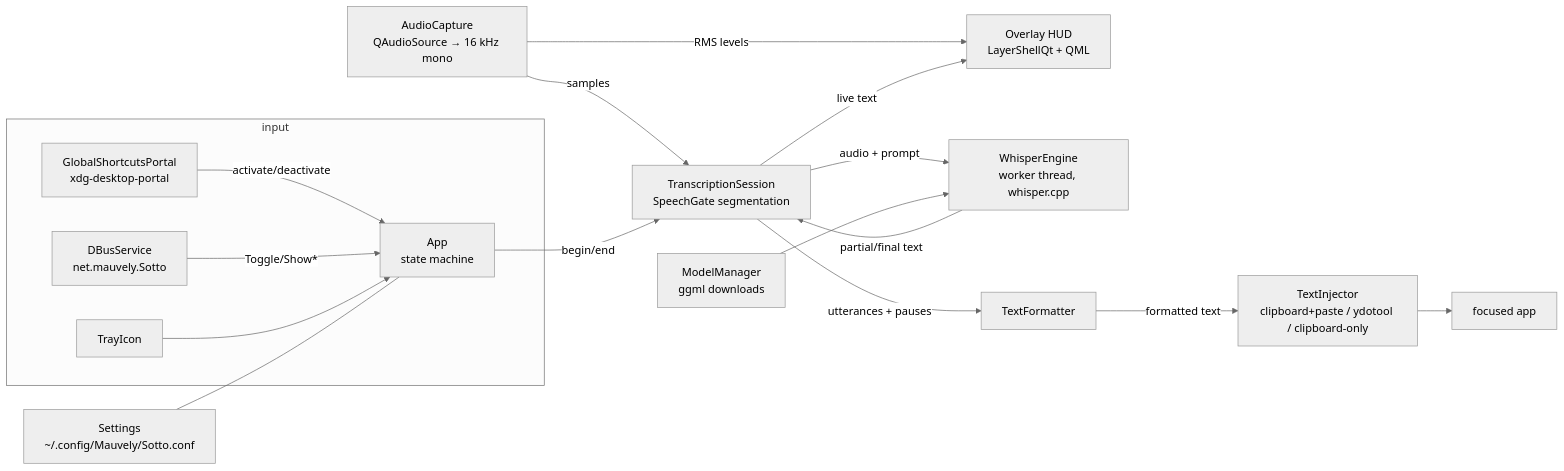
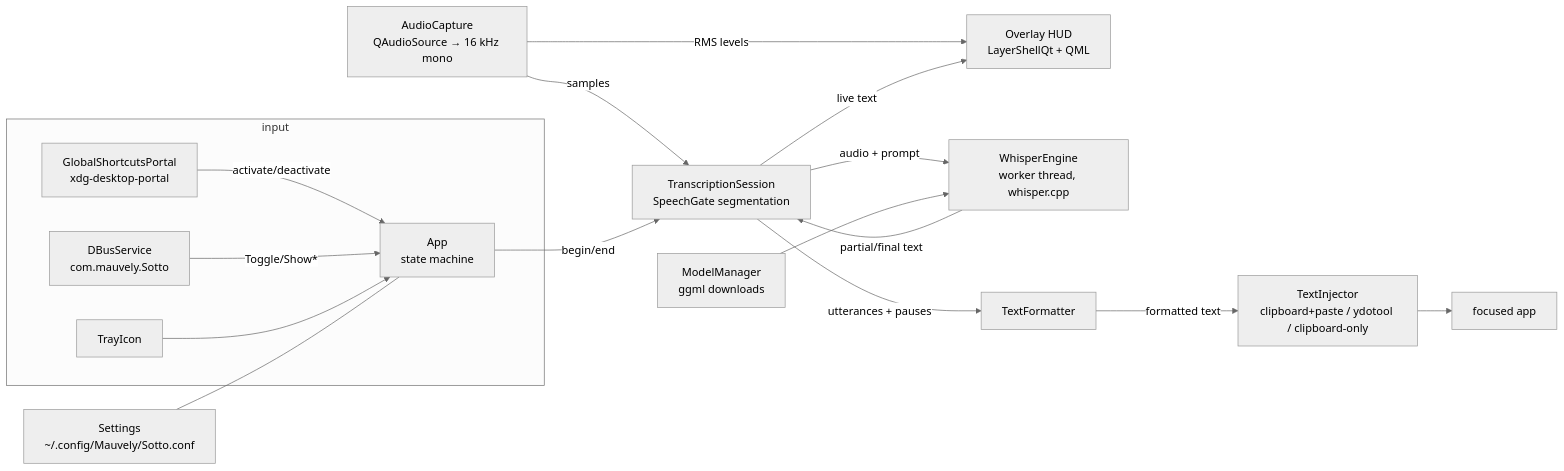
One commit to Mauvely/sotto changed the diagram in docs/ARCHITECTURE.md. Above: the diagram before and after it, drawn with Mermaid (neutral theme). The commit also changed 3 other files, not shown here.

First line of the commit message:
Sotto's D-Bus names move to com.mauvely, and the old ones work for one release

````diff
--- a/docs/ARCHITECTURE.md
+++ b/docs/ARCHITECTURE.md
@@ -9,24 +9,24 @@
 ```mermaid
 flowchart LR
     subgraph input
         HK[GlobalShortcutsPortal<br/>xdg-desktop-portal] -- activate/deactivate --> APP
-        DBUS[DBusService<br/>net.mauvely.Sotto] -- Toggle/Show* --> APP
+        DBUS[DBusService<br/>com.mauvely.Sotto] -- Toggle/Show* --> APP
         TRAY[TrayIcon] --> APP
     end
 
     APP[App<br/>state machine]
 
     MIC[AudioCapture<br/>QAudioSource → 16 kHz mono] -- samples --> SESS
     MIC -- RMS levels --> HUD
 
     APP -- begin/end --> SESS[TranscriptionSession<br/>SpeechGate segmentation]
     SESS -- audio + prompt --> ENG[WhisperEngine<br/>worker thread, whisper.cpp]
     ENG -- partial/final text --> SESS
     SESS -- live text --> HUD[Overlay HUD<br/>LayerShellQt + QML]
     SESS -- utterances + pauses --> FMT[TextFormatter]
     FMT -- formatted text --> INJ[TextInjector<br/>clipboard+paste / ydotool / clipboard-only]
     INJ --> FOCUSED[focused app]
 
     MODELS[ModelManager<br/>ggml downloads] --> ENG
     CFG[Settings<br/>~/.config/Mauvely/Sotto.conf] --- APP
 ```
````
